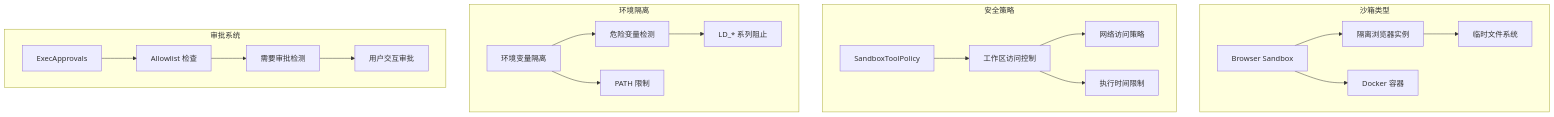
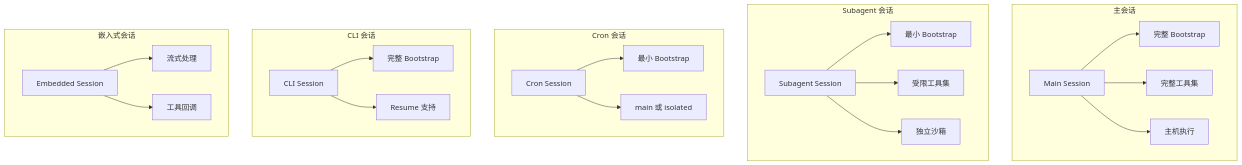
The seventh of 11 diagrams in openclaw/AGENT_RUNTIME.md (caicongyang/bloger), drawn with Mermaid before and after one commit. The commit also changed other lines of this file and 13 other files, not shown here.

````diff
--- a/openclaw/AGENT_RUNTIME.md
+++ b/openclaw/AGENT_RUNTIME.md
@@ -906,26 +329,34 @@
 ```mermaid
 graph TB
-    subgraph "沙箱类型"
-        S1[Browser Sandbox] --> S2[隔离浏览器实例]
-        S1 --> S3[Docker 容器]
-        S2 --> S4[临时文件系统]
+    subgraph main [主会话]
+        M1[Main Session]
+        M1 --> M2[完整 Bootstrap]
+        M1 --> M3[完整工具集]
+        M1 --> M4[主机执行]
     end
-    
-    subgraph "安全策略"
-        P1[SandboxToolPolicy] --> P2[工作区访问控制]
-        P2 --> P3[网络访问策略]
-        P2 --> P4[执行时间限制]
+
+    subgraph sub [Subagent 会话]
+        S1[Subagent Session]
+        S1 --> S2[最小 Bootstrap]
+        S1 --> S3[受限工具集]
+        S1 --> S4[独立沙箱]
     end
-    
-    subgraph "环境隔离"
-        I1[环境变量隔离] --> I2[危险变量检测]
-        I1 --> I3[PATH 限制]
-        I2 --> I4[LD_* 系列阻止]
+
+    subgraph cron [Cron 会话]
+        C1[Cron Session]
+        C1 --> C2[最小 Bootstrap]
+        C1 --> C3[main 或 isolated]
     end
-    
-    subgraph "审批系统"
-        A1[ExecApprovals] --> A2[Allowlist 检查]
-        A2 --> A3[需要审批检测]
-        A3 --> A4[用户交互审批]
+
+    subgraph cli [CLI 会话]
+        L1[CLI Session]
+        L1 --> L2[完整 Bootstrap]
+        L1 --> L3[Resume 支持]
+    end
+
+    subgraph embed [嵌入式会话]
+        E1[Embedded Session]
+        E1 --> E2[流式处理]
+        E1 --> E3[工具回调]
     end
 ```
````
